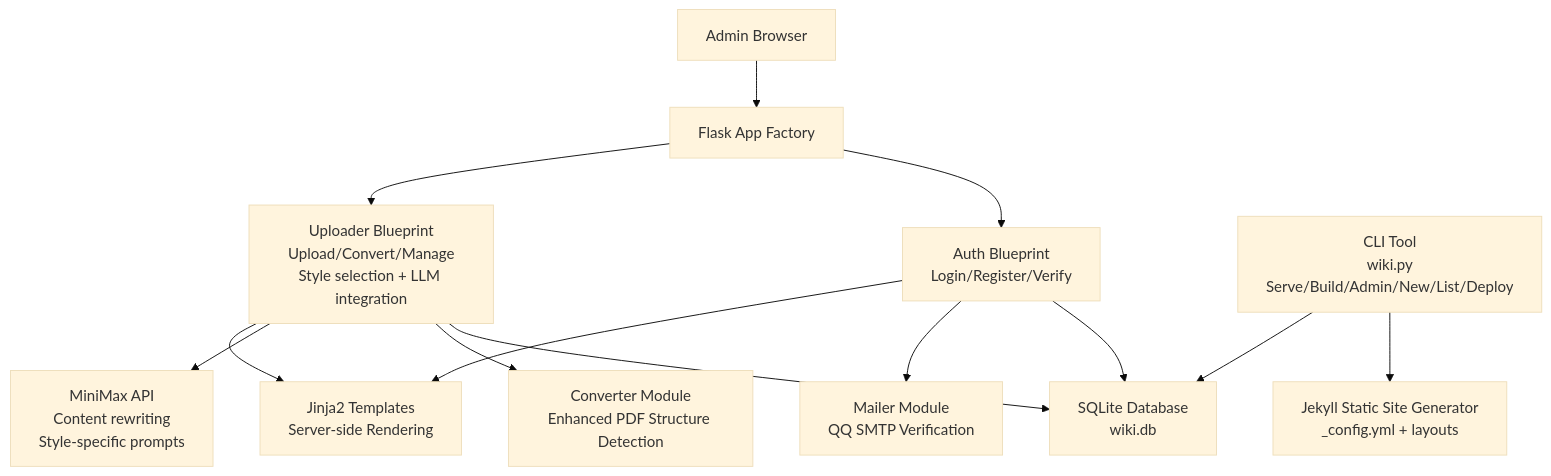
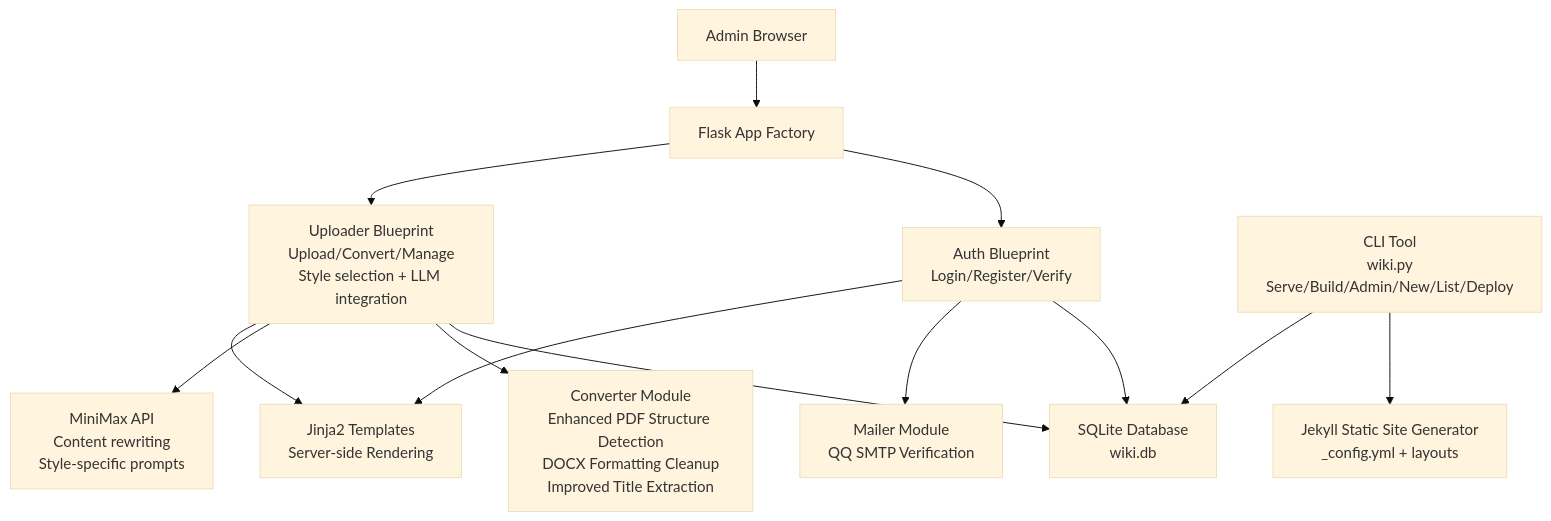
One commit to PolarisW007/PolaZhenJing changed the second of 10 diagrams in .qoder/repowiki/en/content/Backend Application/Backend Application.md. Above: the diagram before and after it, drawn with Mermaid (base theme). The commit also changed other lines of this file and 7 other files, not shown here.

````diff
--- a/.qoder/repowiki/en/content/Backend Application/Backend Application.md
+++ b/.qoder/repowiki/en/content/Backend Application/Backend Application.md
@@ -122,26 +121,26 @@
 ```mermaid
 graph TB
 CLIENT["Admin Browser"]
 FLASK["Flask App Factory"]
 AUTH["Auth Blueprint<br/>Login/Register/Verify"]
 UPLOAD["Uploader Blueprint<br/>Upload/Convert/Manage<br/>Style selection + LLM integration"]
-CONV["Converter Module<br/>Enhanced PDF Structure Detection"]
+CONV["Converter Module<br/>Enhanced PDF Structure Detection<br/>DOCX Formatting Cleanup<br/>Improved Title Extraction"]
 MAIL["Mailer Module<br/>QQ SMTP Verification"]
 DB["SQLite Database<br/>wiki.db"]
 TEMPLATES["Jinja2 Templates<br/>Server-side Rendering"]
 CLI["CLI Tool<br/>wiki.py<br/>Serve/Build/Admin/New/List/Deploy"]
 JEKYLL["Jekyll Static Site Generator<br/>_config.yml + layouts"]
 MINIMAX["MiniMax API<br/>Content rewriting<br/>Style-specific prompts"]
 CLIENT --> FLASK
 FLASK --> AUTH
 FLASK --> UPLOAD
 AUTH --> DB
 UPLOAD --> DB
 UPLOAD --> CONV
 UPLOAD --> MINIMAX
 AUTH --> MAIL
 UPLOAD --> TEMPLATES
 AUTH --> TEMPLATES
 CLI --> JEKYLL
 CLI --> DB
 ```
````
